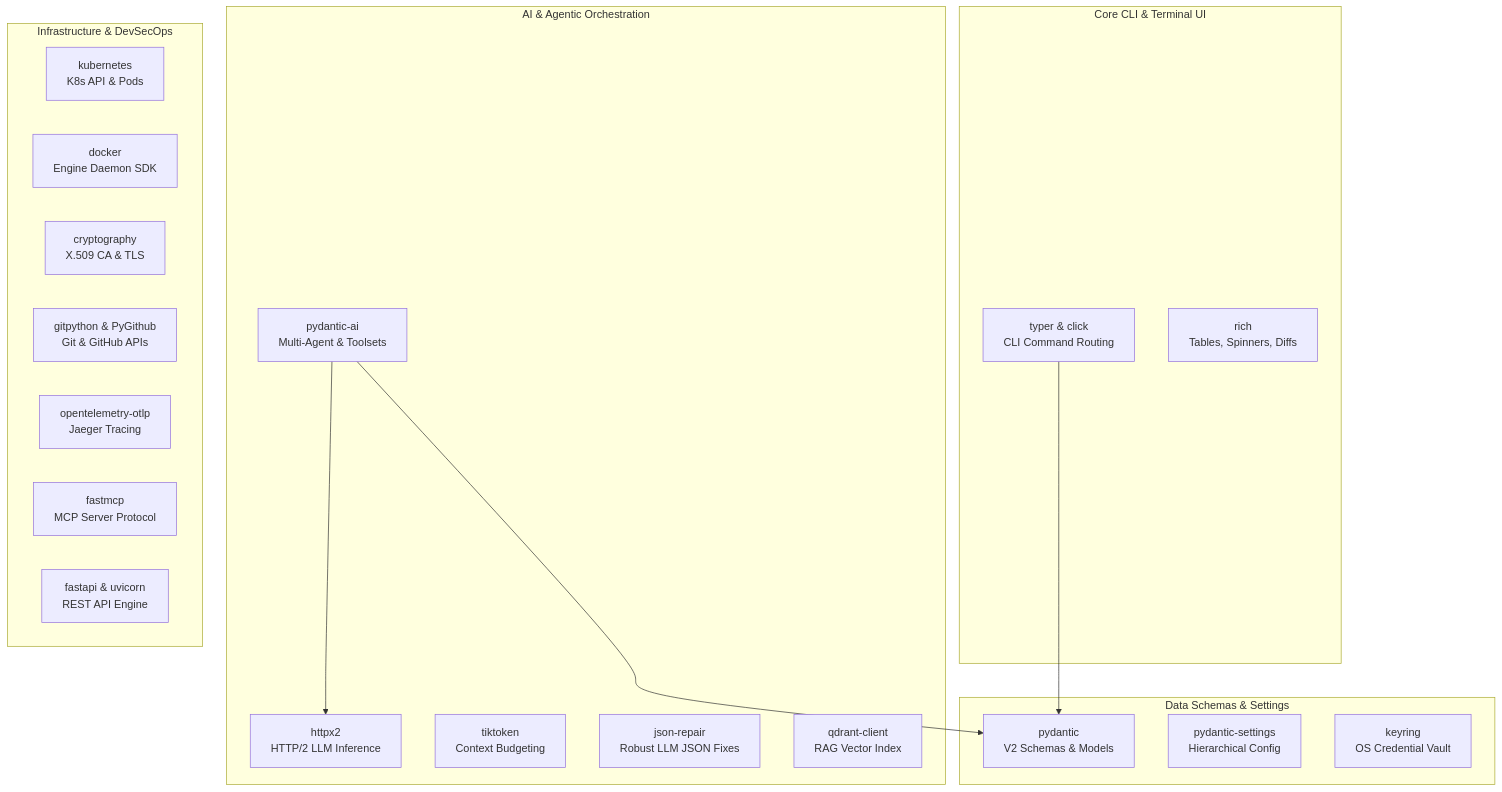
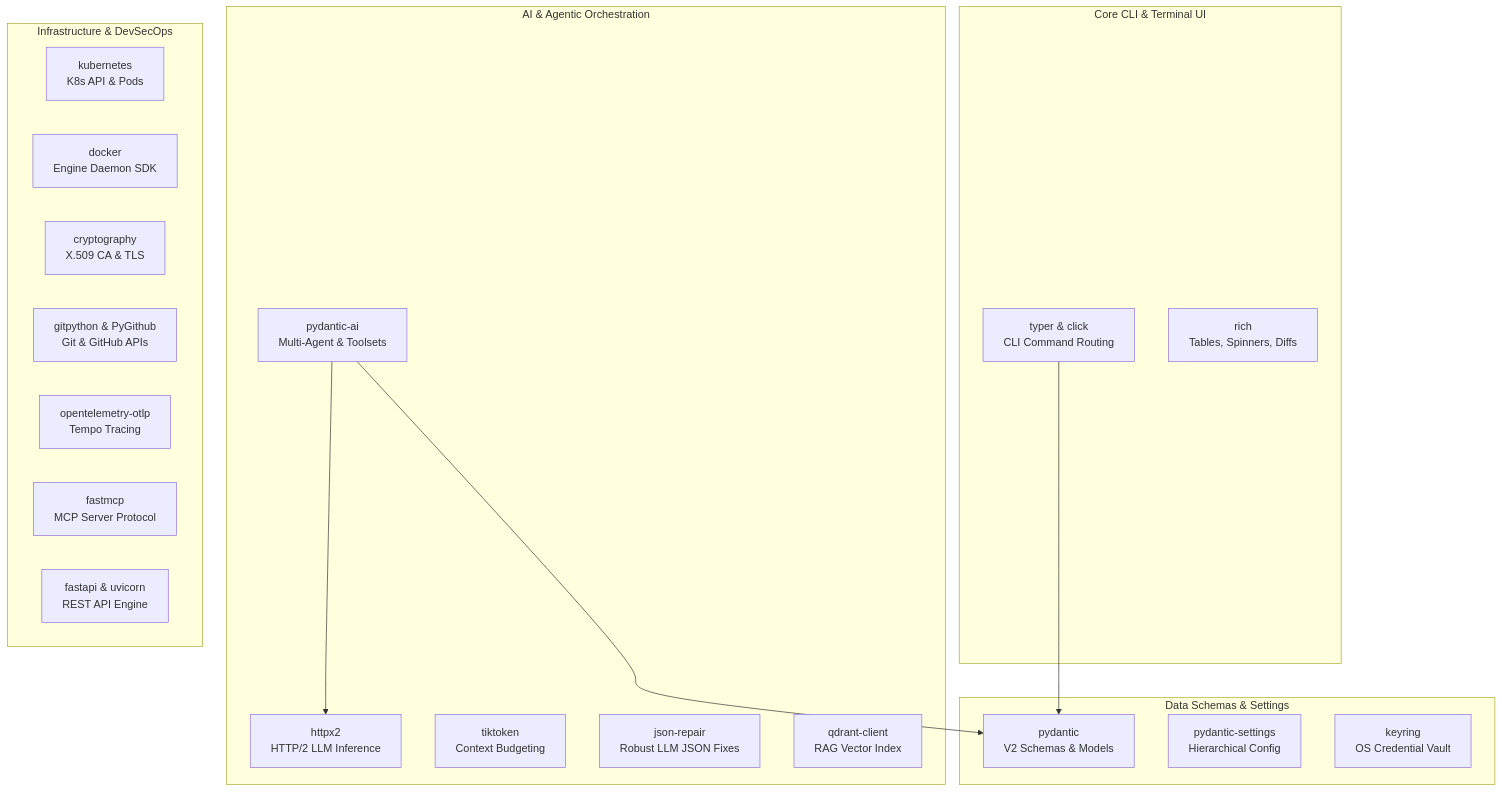
Before and after one commit to dan-petty/devops-cli: the diagram in src/devops_cli/ai/knowledge_base/devops_cli/python_packages.md, drawn with Mermaid. The commit also changed other lines of this file and 90 other files, not shown here.

````diff
--- a/src/devops_cli/ai/knowledge_base/devops_cli/python_packages.md
+++ b/src/devops_cli/ai/knowledge_base/devops_cli/python_packages.md
@@ -14,35 +14,35 @@
 ```mermaid
 graph TD
     subgraph "Core CLI & Terminal UI"
         TYPER["typer & click<br/>CLI Command Routing"]
         RICH["rich<br/>Tables, Spinners, Diffs"]
     end
 
     subgraph "Data Schemas & Settings"
         PYDANTIC["pydantic<br/>V2 Schemas & Models"]
         SETTINGS["pydantic-settings<br/>Hierarchical Config"]
         KEYRING["keyring<br/>OS Credential Vault"]
     end
 
     subgraph "AI & Agentic Orchestration"
         PYDANTIC_AI["pydantic-ai<br/>Multi-Agent & Toolsets"]
         HTTPX2["httpx2<br/>HTTP/2 LLM Inference"]
         TIKTOKEN["tiktoken<br/>Context Budgeting"]
         JSON_REPAIR["json-repair<br/>Robust LLM JSON Fixes"]
         QDRANT["qdrant-client<br/>RAG Vector Index"]
     end
 
     subgraph "Infrastructure & DevSecOps"
         K8S["kubernetes<br/>K8s API & Pods"]
         DOCKER["docker<br/>Engine Daemon SDK"]
         CRYPTO["cryptography<br/>X.509 CA & TLS"]
         GIT["gitpython & PyGithub<br/>Git & GitHub APIs"]
-        OTEL["opentelemetry-otlp<br/>Jaeger Tracing"]
+        OTEL["opentelemetry-otlp<br/>Tempo Tracing"]
         FASTMCP["fastmcp<br/>MCP Server Protocol"]
         FASTAPI["fastapi & uvicorn<br/>REST API Engine"]
     end
 
     TYPER --> PYDANTIC
     PYDANTIC_AI --> HTTPX2
     PYDANTIC_AI --> PYDANTIC
 ```
````
